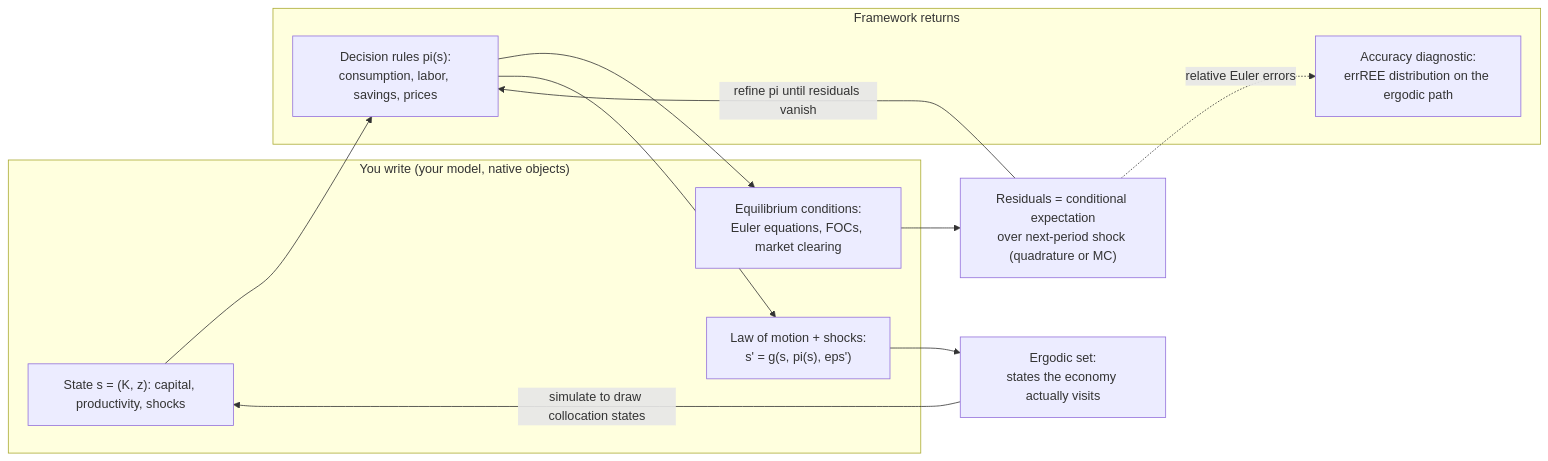
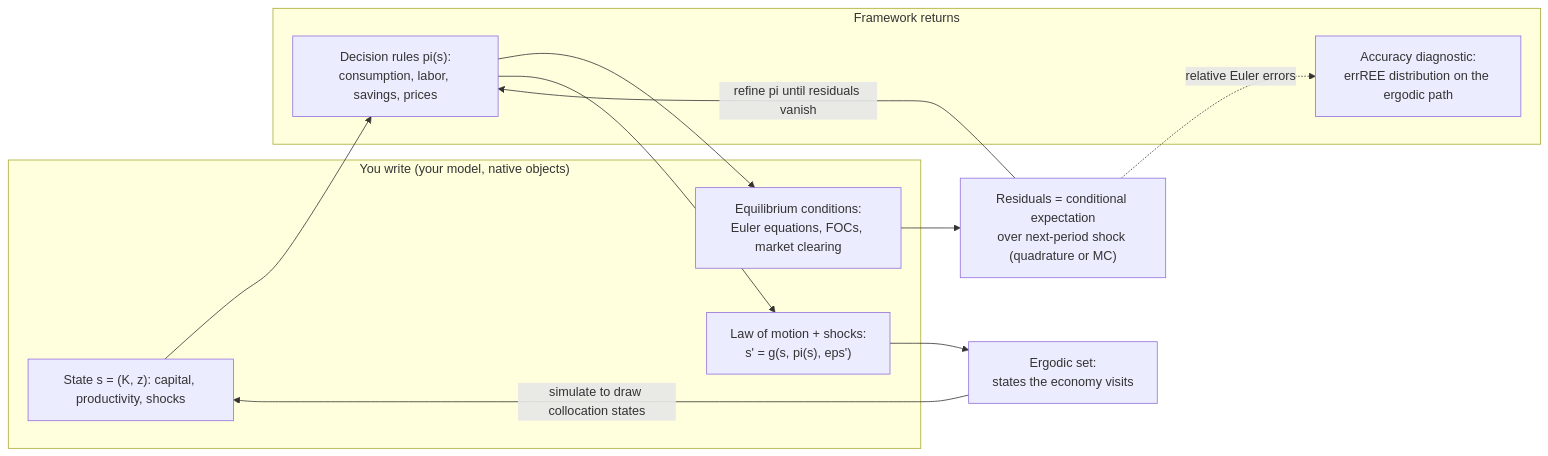
One commit to deqn-jax/deqn-jax changed the first of 2 diagrams in README.md. Above: the diagram before and after it, drawn with Mermaid. The commit also changed other lines of this file, not shown here.

````diff
--- a/README.md
+++ b/README.md
@@ -12,20 +12,20 @@
 ```mermaid
 flowchart LR
     subgraph WRITE["You write (your model, native objects)"]
         S["State s = (K, z): capital, productivity, shocks"]
         EQ["Equilibrium conditions:<br/>Euler equations, FOCs, market clearing"]
         TR["Law of motion + shocks:<br/>s' = g(s, pi(s), eps')"]
     end
     subgraph RET["Framework returns"]
         PI["Decision rules pi(s):<br/>consumption, labor, savings, prices"]
         ACC["Accuracy diagnostic:<br/>errREE distribution on the ergodic path"]
     end
     S --> PI
     PI --> EQ
     EQ --> RES["Residuals = conditional expectation<br/>over next-period shock (quadrature or MC)"]
     RES -->|refine pi until residuals vanish| PI
     PI --> TR
-    TR --> ERG["Ergodic set:<br/>states the economy actually visits"]
+    TR --> ERG["Ergodic set:<br/>states the economy visits"]
     ERG -->|simulate to draw collocation states| S
     RES -.->|relative Euler errors| ACC
 ```
````
